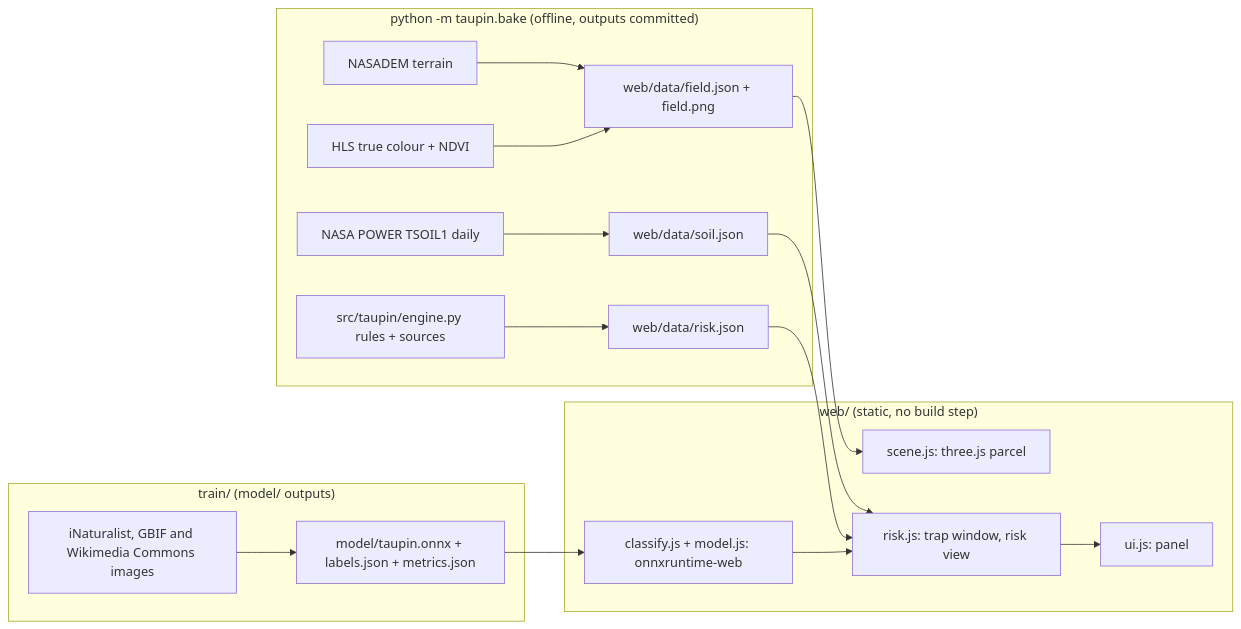
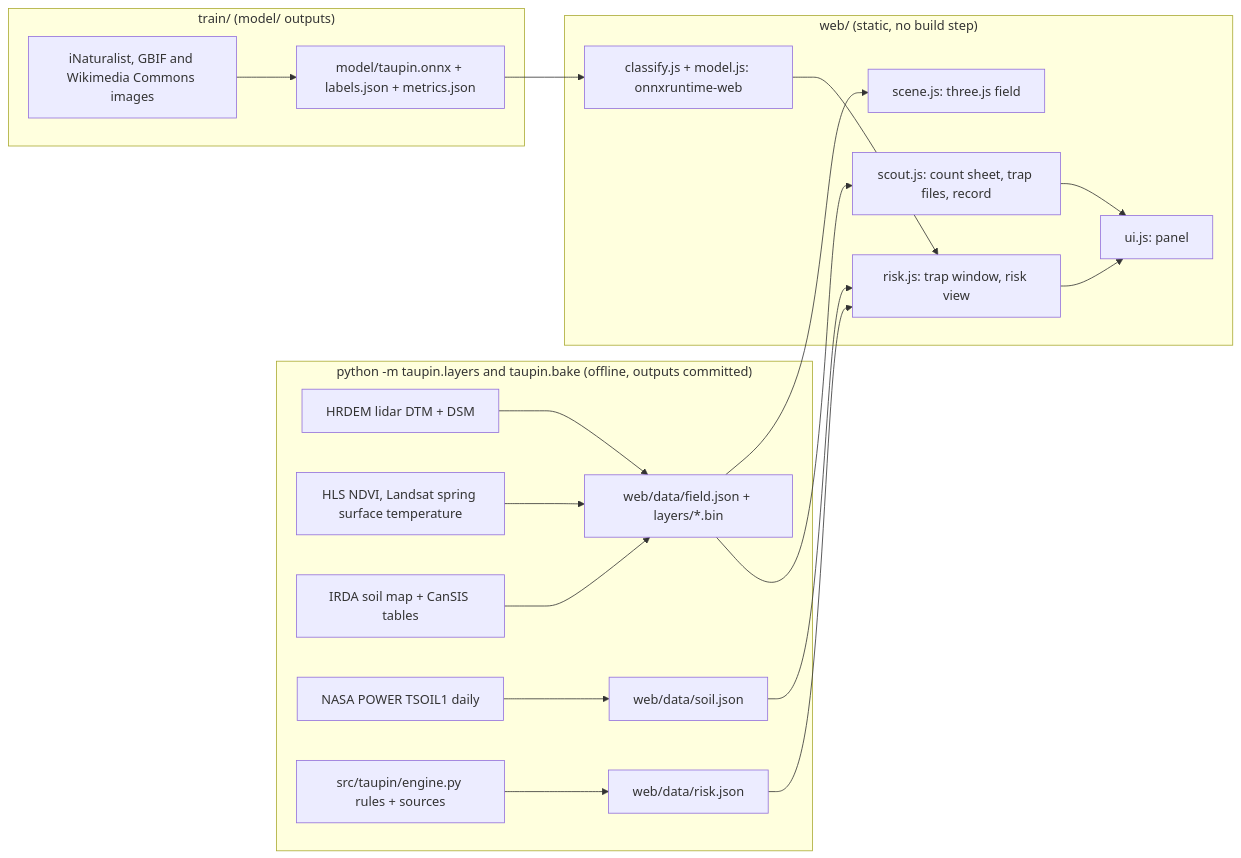
The diagram in README.md (Nas01010101/taupin-v1), drawn with Mermaid before and after one commit. The commit also changed other lines of this file and 73 other files, not shown here.

Commit message:
added 3d field layers, count sheet and v2 photo model

````diff
--- a/README.md
+++ b/README.md
@@ -58,20 +77,23 @@
 ```mermaid
 flowchart LR
-  subgraph bake["python -m taupin.bake (offline, outputs committed)"]
-    DEM[NASADEM terrain] --> F[web/data/field.json + field.png]
-    HLS[HLS true colour + NDVI] --> F
+  subgraph bake["python -m taupin.layers and taupin.bake (offline, outputs committed)"]
+    DEM[HRDEM lidar DTM + DSM] --> F[web/data/field.json + layers/*.bin]
+    HLS[HLS NDVI, Landsat spring surface temperature] --> F
+    IRDA[IRDA soil map + CanSIS tables] --> F
     POWER[NASA POWER TSOIL1 daily] --> S[web/data/soil.json]
     ENG[src/taupin/engine.py rules + sources] --> R[web/data/risk.json]
   end
   subgraph train["train/ (model/ outputs)"]
     INAT[iNaturalist, GBIF and Wikimedia Commons images] --> M[model/taupin.onnx + labels.json + metrics.json]
   end
   subgraph web["web/ (static, no build step)"]
-    F --> SC[scene.js: three.js parcel]
+    F --> SC[scene.js: three.js field]
     S --> RK[risk.js: trap window, risk view]
     R --> RK
     M --> CL[classify.js + model.js: onnxruntime-web]
     CL --> RK
     RK --> UI[ui.js: panel]
+    F --> SH[scout.js: count sheet, trap files, record]
+    SH --> UI
   end
 ```
````
